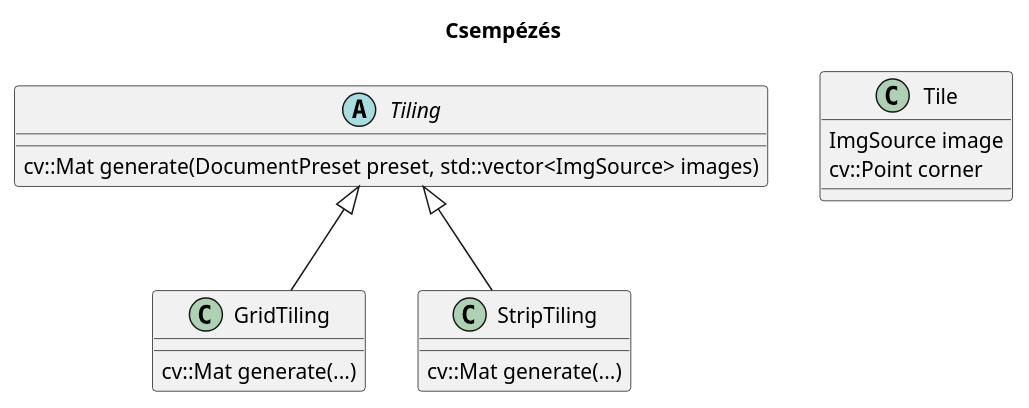
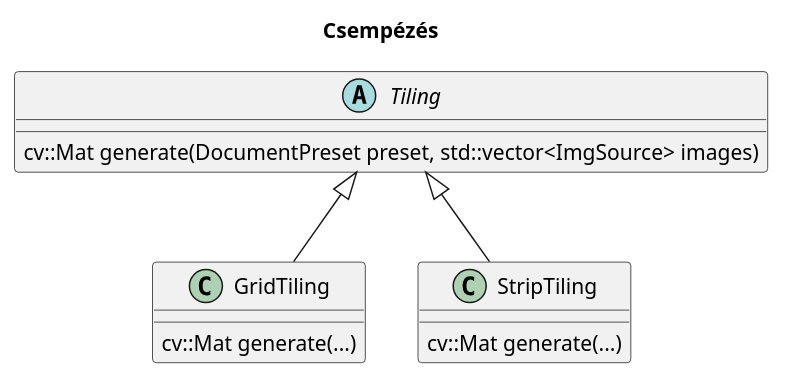
Before and after one commit to Gilgames32/printf: the diagram in uml/tiling.puml, drawn with PlantUML. The commit also changed 1 other file, not shown here.

Commit message:
uml bump

```diff
--- a/uml/tiling.puml
+++ b/uml/tiling.puml
@@ -1,24 +1,19 @@
 @startuml tiling
 
 title Csempézés
 
 abstract Tiling {
     cv::Mat generate(DocumentPreset preset, std::vector<ImgSource> images)
 }
 
 class GridTiling {
     cv::Mat generate(...)
 }
 Tiling <|-- GridTiling
 
 class StripTiling {
     cv::Mat generate(...)
 }
 Tiling <|-- StripTiling
 
-class Tile {
-    ImgSource image
-    cv::Point corner
-}
-
 @enduml
```
